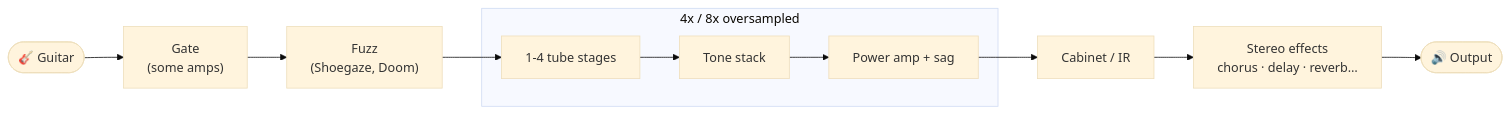
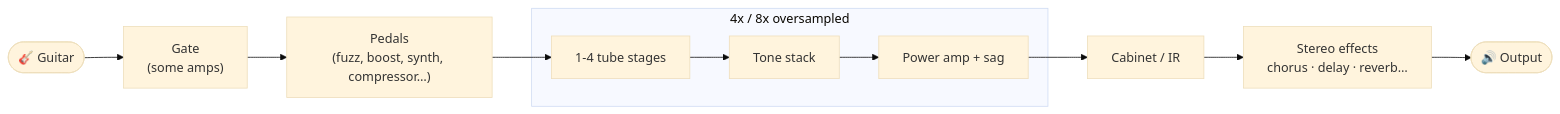
The second of 2 diagrams in README.md (mitradeniz/FreeAudioFX), drawn with Mermaid (base theme) before and after one commit. The commit also changed other lines of this file and 5 other files, not shown here.

````diff
--- a/README.md
+++ b/README.md
@@ -593,9 +674,9 @@
 ```mermaid
 flowchart LR
-    G([🎸 Guitar]) --> GATE["Gate<br/>(some amps)"] --> FUZZ["Fuzz<br/>(Shoegaze, Doom)"]
+    G([🎸 Guitar]) --> GATE["Gate<br/>(some amps)"] --> FUZZ["Pedals<br/>(fuzz, boost, synth, compressor…)"]
     subgraph OS["4x / 8x oversampled"]
         PRE["1-4 tube stages"] --> TS["Tone stack"] --> PWR["Power amp + sag"]
     end
     FUZZ --> PRE
     PWR --> CAB["Cabinet / IR"] --> FX["Stereo effects<br/>chorus · delay · reverb…"] --> OUT([🔊 Output])
 ```
````
